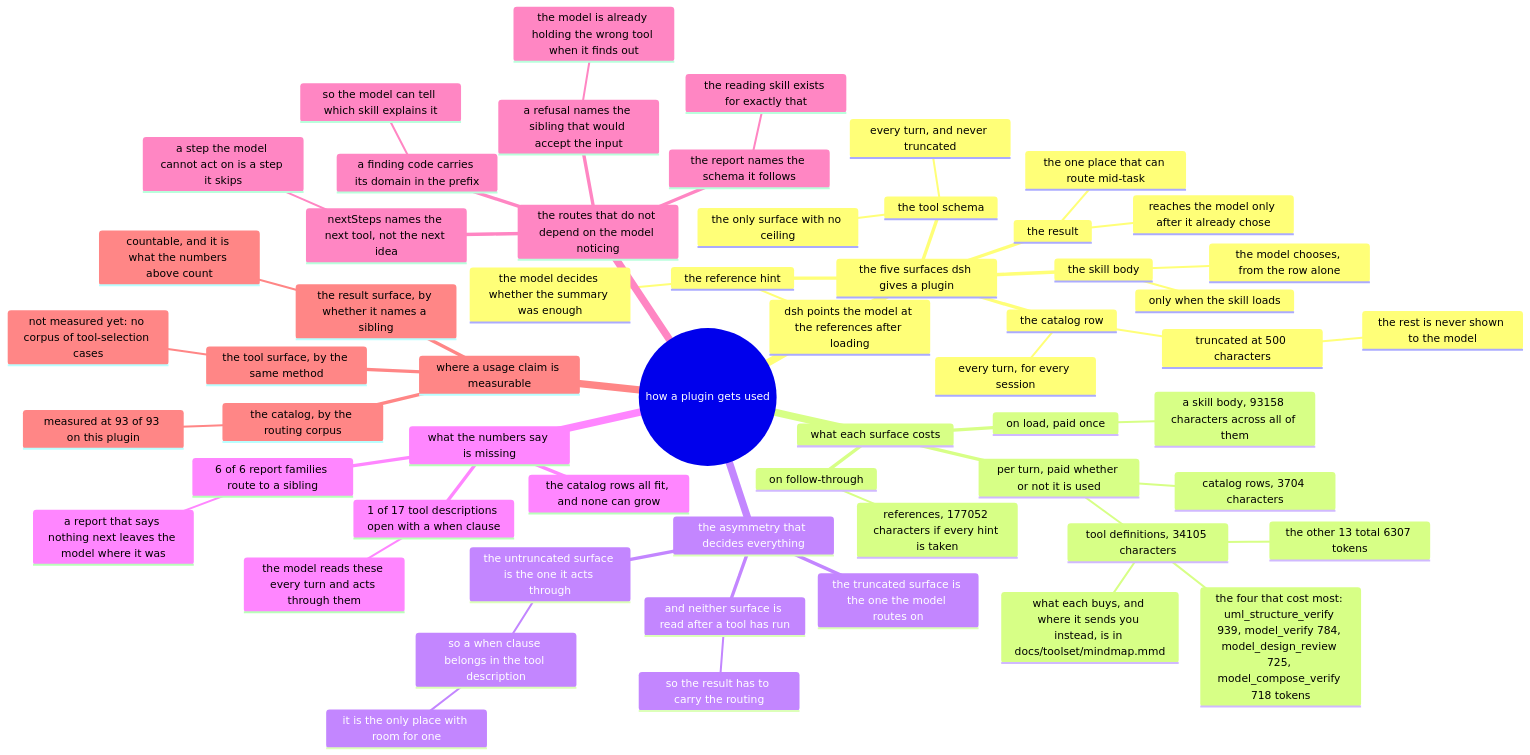
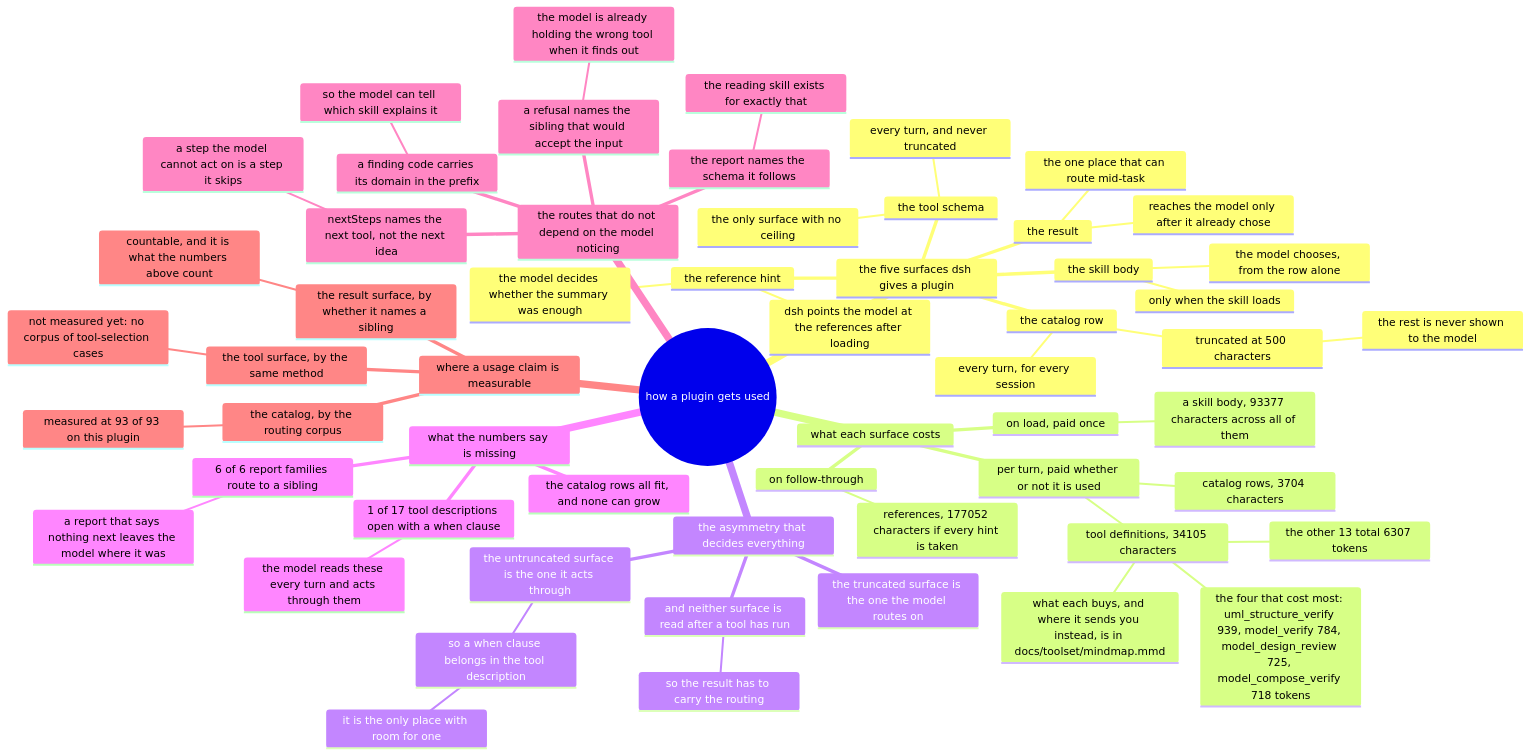
Before and after one commit to AmethystLuna/dsh-model-everything: the diagram in docs/usage/mindmap.mmd, drawn with Mermaid. The commit also changed 8 other files, not shown here.

```diff
--- a/docs/usage/mindmap.mmd
+++ b/docs/usage/mindmap.mmd
@@ -1,59 +1,59 @@
 mindmap
 root((how a plugin gets used))
   the five surfaces dsh gives a plugin
     the catalog row
       every turn, for every session
       truncated at 500 characters
         the rest is never shown to the model
     the skill body
       only when the skill loads
       the model chooses, from the row alone
     the reference hint
       dsh points the model at the references after loading
       the model decides whether the summary was enough
     the tool schema
       every turn, and never truncated
       the only surface with no ceiling
     the result
       reaches the model only after it already chose
       the one place that can route mid-task
   what each surface costs
     per turn, paid whether or not it is used
       catalog rows, 3704 characters
       tool definitions, 34105 characters
         the four that cost most: uml_structure_verify 939, model_verify 784, model_design_review 725, model_compose_verify 718 tokens
         the other 13 total 6307 tokens
         what each buys, and where it sends you instead, is in docs/toolset/mindmap.mmd
     on load, paid once
-      a skill body, 93158 characters across all of them
+      a skill body, 93377 characters across all of them
     on follow-through
       references, 177052 characters if every hint is taken
   the asymmetry that decides everything
     the truncated surface is the one the model routes on
     the untruncated surface is the one it acts through
       so a when clause belongs in the tool description
         it is the only place with room for one
     and neither surface is read after a tool has run
       so the result has to carry the routing
   what the numbers say is missing
     1 of 17 tool descriptions open with a when clause
       the model reads these every turn and acts through them
     6 of 6 report families route to a sibling
       a report that says nothing next leaves the model where it was
     the catalog rows all fit, and none can grow
   the routes that do not depend on the model noticing
     a refusal names the sibling that would accept the input
       the model is already holding the wrong tool when it finds out
     nextSteps names the next tool, not the next idea
       a step the model cannot act on is a step it skips
     a finding code carries its domain in the prefix
       so the model can tell which skill explains it
     the report names the schema it follows
       the reading skill exists for exactly that
   where a usage claim is measurable
     the catalog, by the routing corpus
       measured at 93 of 93 on this plugin
     the tool surface, by the same method
       not measured yet: no corpus of tool-selection cases
     the result surface, by whether it names a sibling
       countable, and it is what the numbers above count
```
